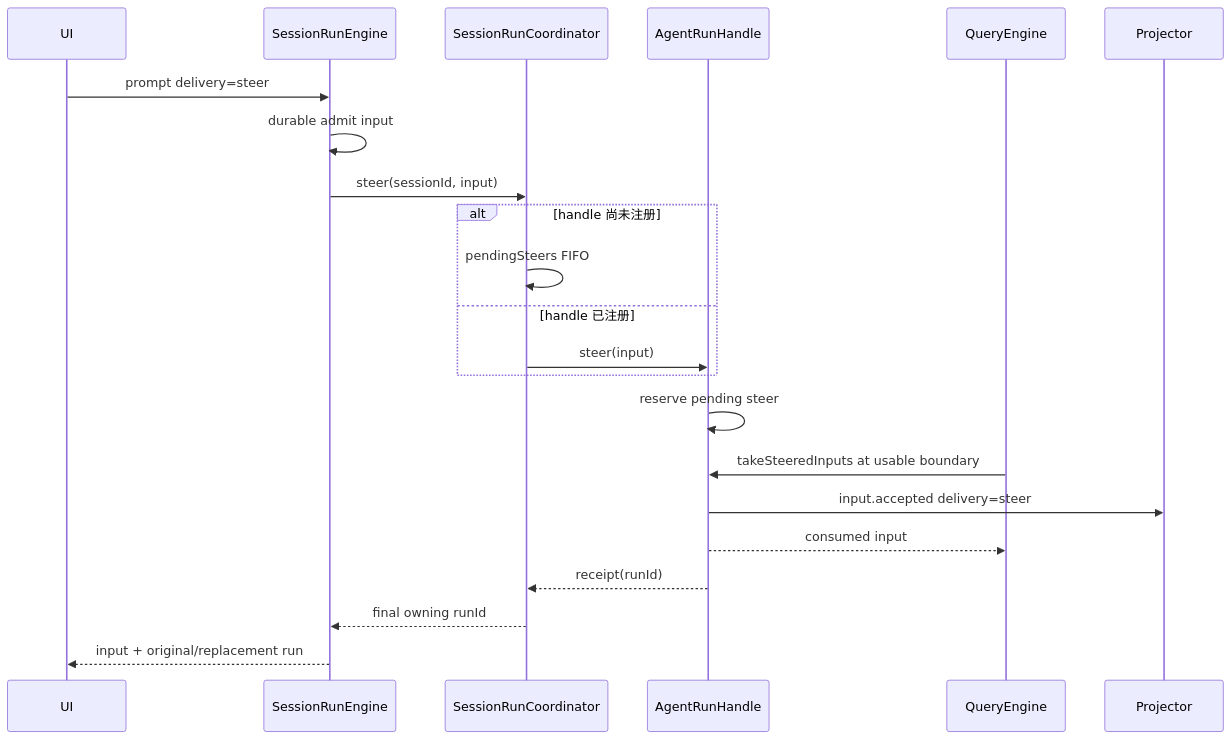
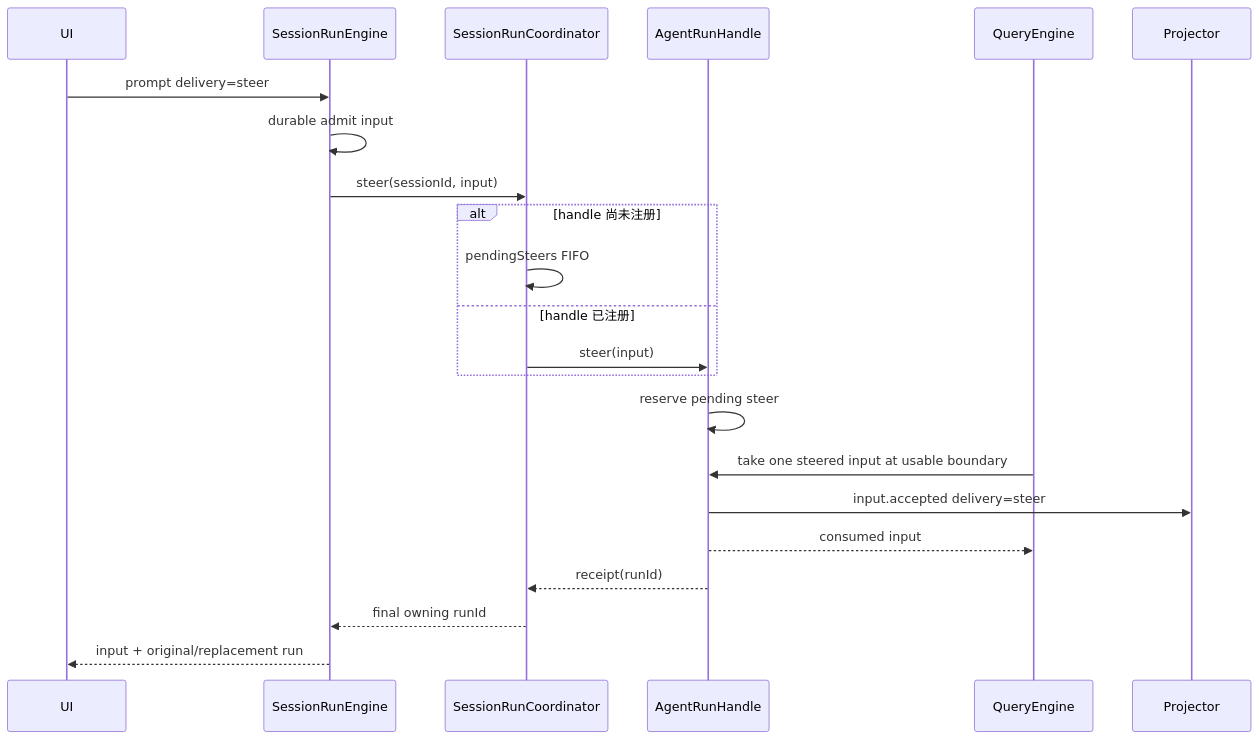
One commit to rzx007/openharness-ts changed the third of 4 diagrams in docs/daemon-application-architecture.md. Above: the diagram before and after it, drawn with Mermaid. The commit also changed other lines of this file and 5 other files, not shown here.

````diff
--- a/docs/daemon-application-architecture.md
+++ b/docs/daemon-application-architecture.md
@@ -184,25 +184,25 @@
 ```mermaid
 sequenceDiagram
   participant UI
   participant Engine as SessionRunEngine
   participant Lane as SessionRunCoordinator
   participant Run as AgentRunHandle
   participant QE as QueryEngine
   participant Projector
 
   UI->>Engine: prompt delivery=steer
   Engine->>Engine: durable admit input
   Engine->>Lane: steer(sessionId, input)
   alt handle 尚未注册
     Lane->>Lane: pendingSteers FIFO
   else handle 已注册
     Lane->>Run: steer(input)
   end
   Run->>Run: reserve pending steer
-  QE->>Run: takeSteeredInputs at usable boundary
+  QE->>Run: take one steered input at usable boundary
   Run->>Projector: input.accepted delivery=steer
   Run-->>QE: consumed input
   Run-->>Lane: receipt(runId)
   Lane-->>Engine: final owning runId
   Engine-->>UI: input + original/replacement run
 ```
````
